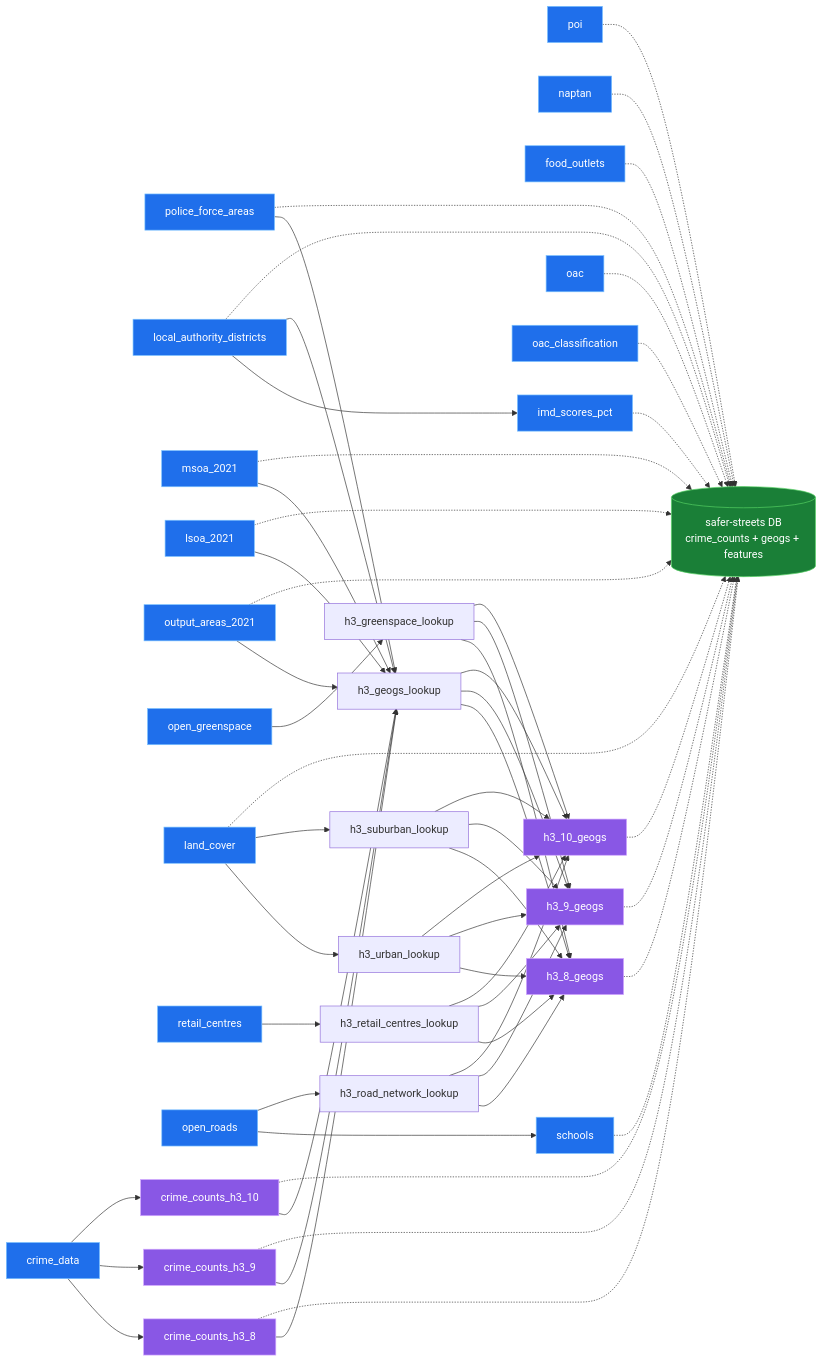
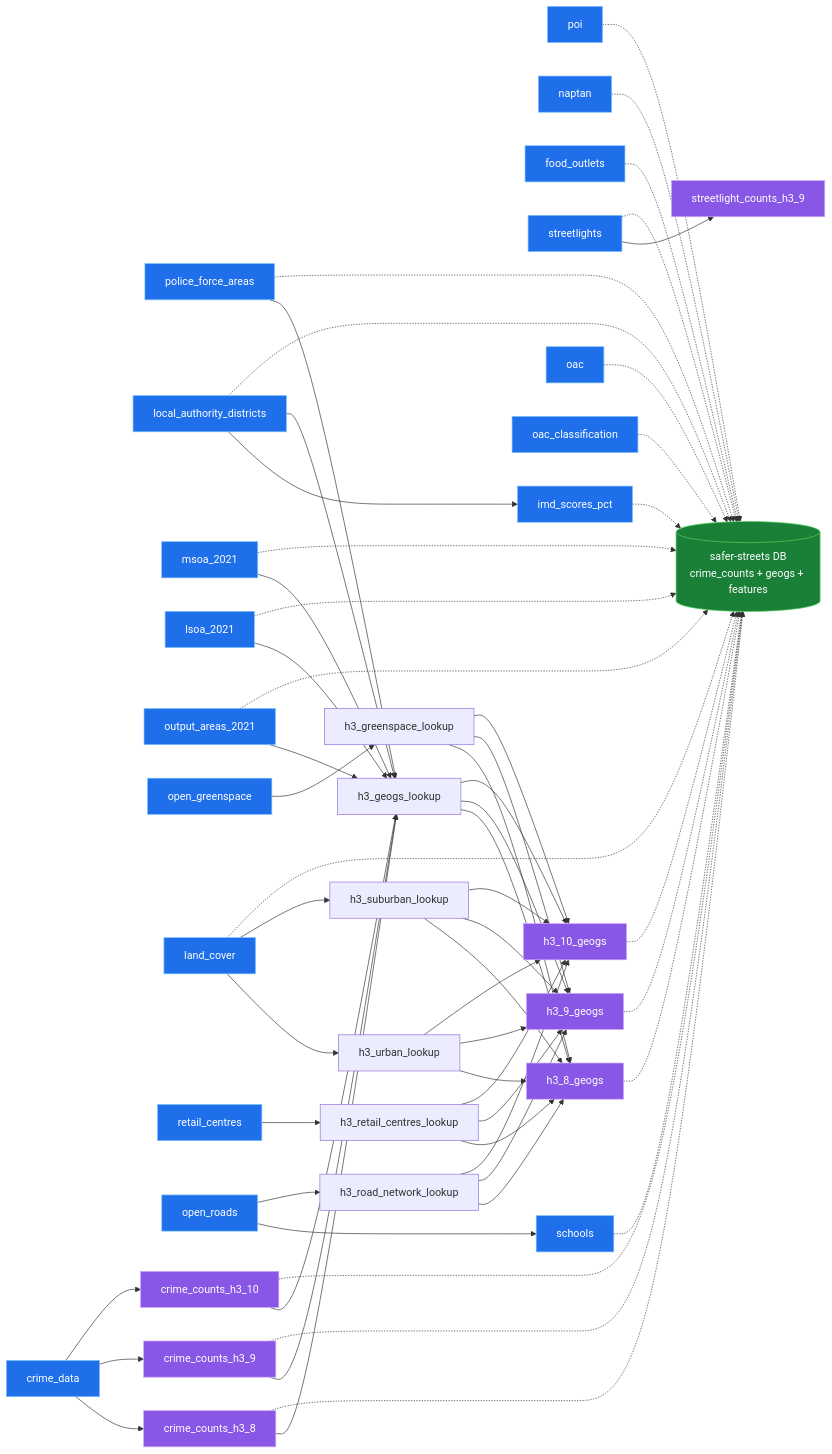
One commit to safer-streets/safer-streets-tooling changed the diagram in README.md. Above: the diagram before and after it, drawn with Mermaid. The commit also changed other lines of this file and 8 other files, not shown here.

First line of the commit message:
Add streetlights (Overture/OSM) to the extract (#7)

````diff
--- a/README.md
+++ b/README.md
@@ -58,6 +58,7 @@
    poi
    naptan
    food_outlets
+   streetlights
    schools
    imd_scores_pct
    oac
@@ -66,6 +67,7 @@
    crime_counts_h3_8
    crime_counts_h3_9
    crime_counts_h3_10
+   streetlight_counts_h3_9
    h3_geogs_lookup
    h3_greenspace_lookup
    h3_urban_lookup
@@ -87,6 +89,7 @@
     crime_data --> crime_counts_h3_8
     crime_data --> crime_counts_h3_9
     crime_data --> crime_counts_h3_10
+    streetlights --> streetlight_counts_h3_9
     crime_counts_h3_8 --> h3_geogs_lookup
     crime_counts_h3_9 --> h3_geogs_lookup
     crime_counts_h3_10 --> h3_geogs_lookup
@@ -135,6 +138,7 @@
     poi -.-> database
     naptan -.-> database
     food_outlets -.-> database
+    streetlights -.-> database
     imd_scores_pct -.-> database
     land_cover -.-> database
     oac -.-> database
@@ -144,7 +148,7 @@
     classDef extract fill:#1f6feb,stroke:#79c0ff,stroke-width:1px,color:#ffffff;
     classDef transform fill:#8957e5,stroke:#d2a8ff,stroke-width:1px,color:#ffffff;
     classDef load fill:#1a7f37,stroke:#56d364,stroke-width:1px,color:#ffffff;
-    class crime_data,police_force_areas,local_authority_districts,msoa_2021,lsoa_2021,output_areas_2021,open_greenspace,land_cover,retail_centres,open_roads,poi,naptan,food_outlets,schools,imd_scores_pct,oac,oac_classification extract;
-    class crime_counts_h3_8,crime_counts_h3_9,crime_counts_h3_10,h3_8_geogs,h3_9_geogs,h3_10_geogs transform;
+    class crime_data,police_force_areas,local_authority_districts,msoa_2021,lsoa_2021,output_areas_2021,open_greenspace,land_cover,retail_centres,open_roads,poi,naptan,food_outlets,streetlights,schools,imd_scores_pct,oac,oac_classification extract;
+    class crime_counts_h3_8,crime_counts_h3_9,crime_counts_h3_10,streetlight_counts_h3_9,h3_8_geogs,h3_9_geogs,h3_10_geogs transform;
     class database load;
 ```
````
